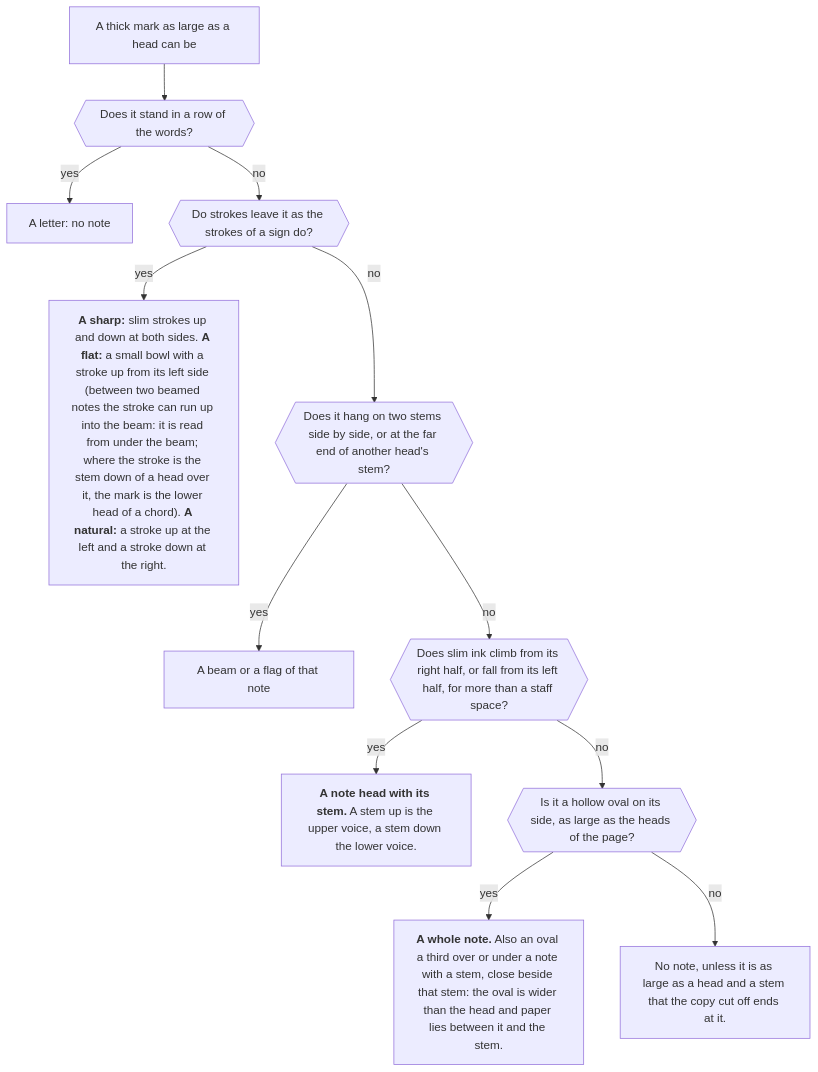
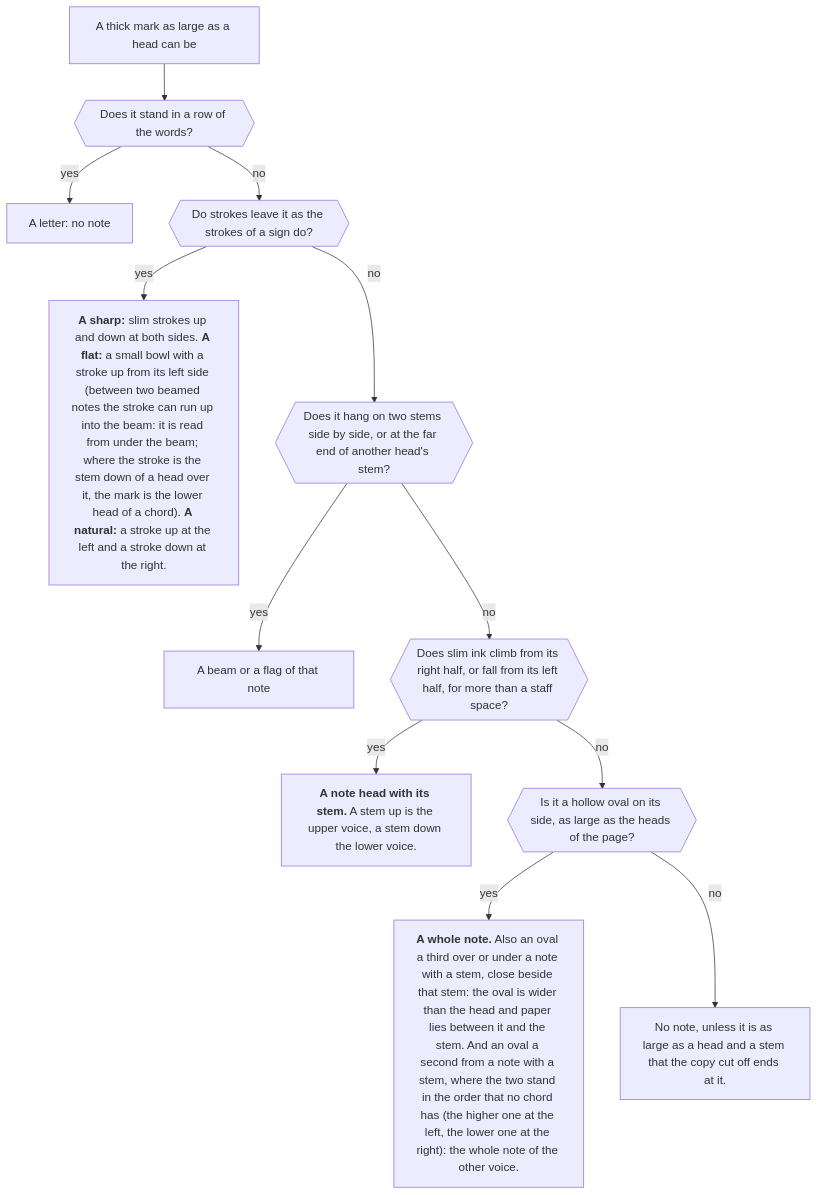
Before and after one commit to sweet-cicero/ScoreReader: the fifth of 12 diagrams in README.md, drawn with Mermaid. The commit also changed other lines of this file and 3 other files, not shown here.

First line of the commit message:
A whole note beside a half note, a head on a near ledger line, a flag that is no flat

````diff
--- a/README.md
+++ b/README.md
@@ -186,14 +186,14 @@
 ```mermaid
 flowchart TD
     mark["A thick mark as large as a head can be"] --> letter{{"Does it stand in a row of the words?"}}
     letter -- "yes" --> no1["A letter: no note"]
     letter -- "no" --> strokes{{"Do strokes leave it as the strokes of a sign do?"}}
     strokes -- "yes" --> sign["<b>A sharp:</b> slim strokes up and down at both sides. <b>A flat:</b> a small bowl with a stroke up from its left side (between two beamed notes the stroke can run up into the beam: it is read from under the beam; where the stroke is the stem down of a head over it, the mark is the lower head of a chord). <b>A natural:</b> a stroke up at the left and a stroke down at the right."]
     strokes -- "no" --> far{{"Does it hang on two stems side by side, or at the far end of another head's stem?"}}
     far -- "yes" --> tail["A beam or a flag of that note"]
     far -- "no" --> stem{{"Does slim ink climb from its right half, or fall from its left half, for more than a staff space?"}}
     stem -- "yes" --> head["<b>A note head with its stem.</b> A stem up is the upper voice, a stem down the lower voice."]
     stem -- "no" --> oval{{"Is it a hollow oval on its side, as large as the heads of the page?"}}
-    oval -- "yes" --> whole["<b>A whole note.</b> Also an oval a third over or under a note with a stem, close beside that stem: the oval is wider than the head and paper lies between it and the stem."]
+    oval -- "yes" --> whole["<b>A whole note.</b> Also an oval a third over or under a note with a stem, close beside that stem: the oval is wider than the head and paper lies between it and the stem. And an oval a second from a note with a stem, where the two stand in the order that no chord has (the higher one at the left, the lower one at the right): the whole note of the other voice."]
     oval -- "no" --> orphan["No note, unless it is as large as a head and a stem that the copy cut off ends at it."]
 ```
````
